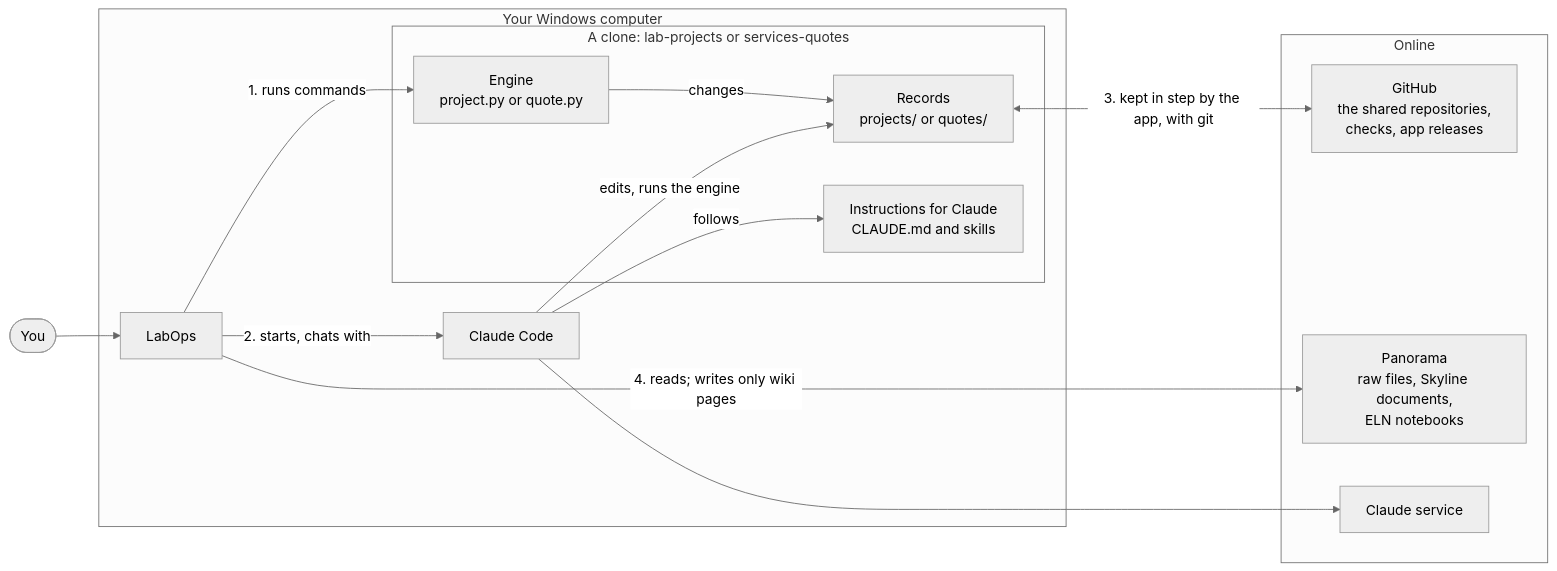
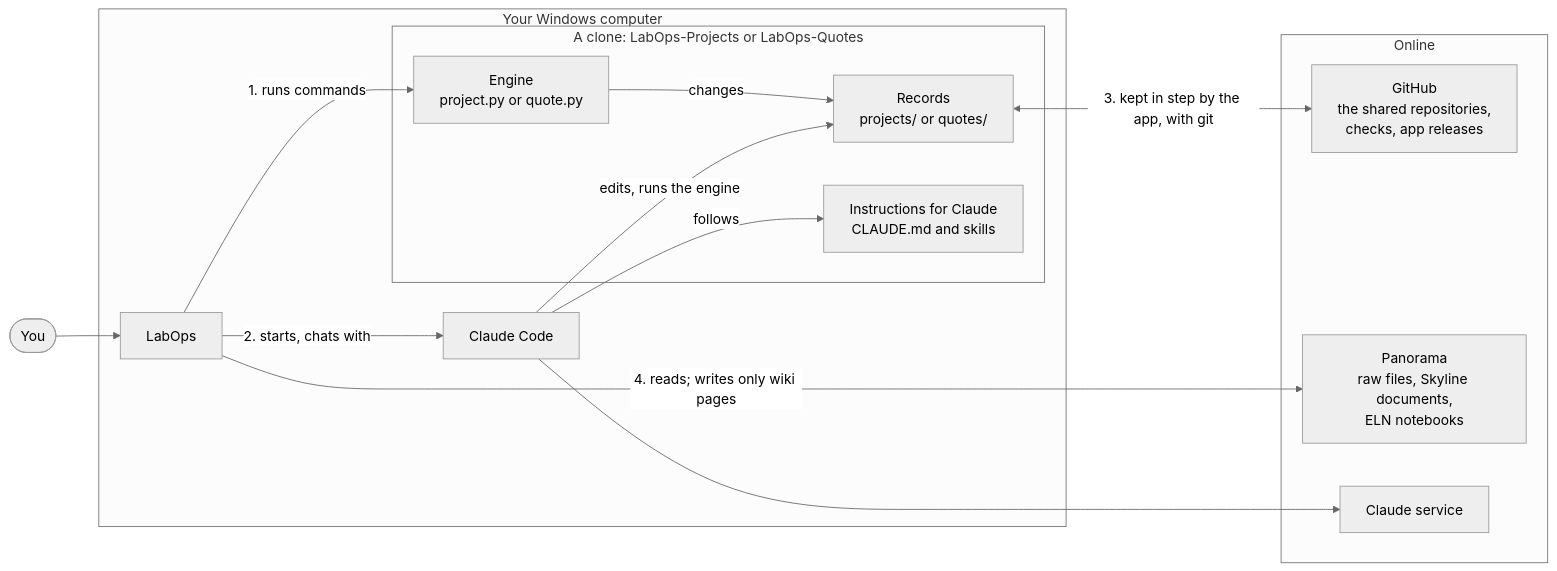
The first of 6 diagrams in docs/architecture.md (uw-maccosslab/LabOps), drawn with Mermaid (neutral theme) before and after one commit. The commit also changed other lines of this file and 16 other files, not shown here.

First line of the commit message:
The repositories are LabOps-Projects and LabOps-Quotes

````diff
--- a/docs/architecture.md
+++ b/docs/architecture.md
@@ -26,29 +26,29 @@
 ```mermaid
 flowchart LR
     you(["You"]) --> app
 
     subgraph computer["Your Windows computer"]
         app["LabOps"]
         claude["Claude Code"]
-        subgraph clone["A clone: lab-projects or services-quotes"]
+        subgraph clone["A clone: LabOps-Projects or LabOps-Quotes"]
             records["Records<br/>projects/ or quotes/"]
             engine["Engine<br/>project.py or quote.py"]
             guide["Instructions for Claude<br/>CLAUDE.md and skills"]
         end
     end
 
     subgraph online["Online"]
         github["GitHub<br/>the shared repositories,<br/>checks, app releases"]
         panorama["Panorama<br/>raw files, Skyline documents,<br/>ELN notebooks"]
         claudeService["Claude service"]
     end
 
     app -->|"1. runs commands"| engine
     engine -->|"changes"| records
     app -->|"2. starts, chats with"| claude
     claude -->|"follows"| guide
     claude -->|"edits, runs the engine"| records
     records <-->|"3. kept in step by the app, with git"| github
     app -->|"4. reads; writes only wiki pages"| panorama
     claude --> claudeService
 ```
````
